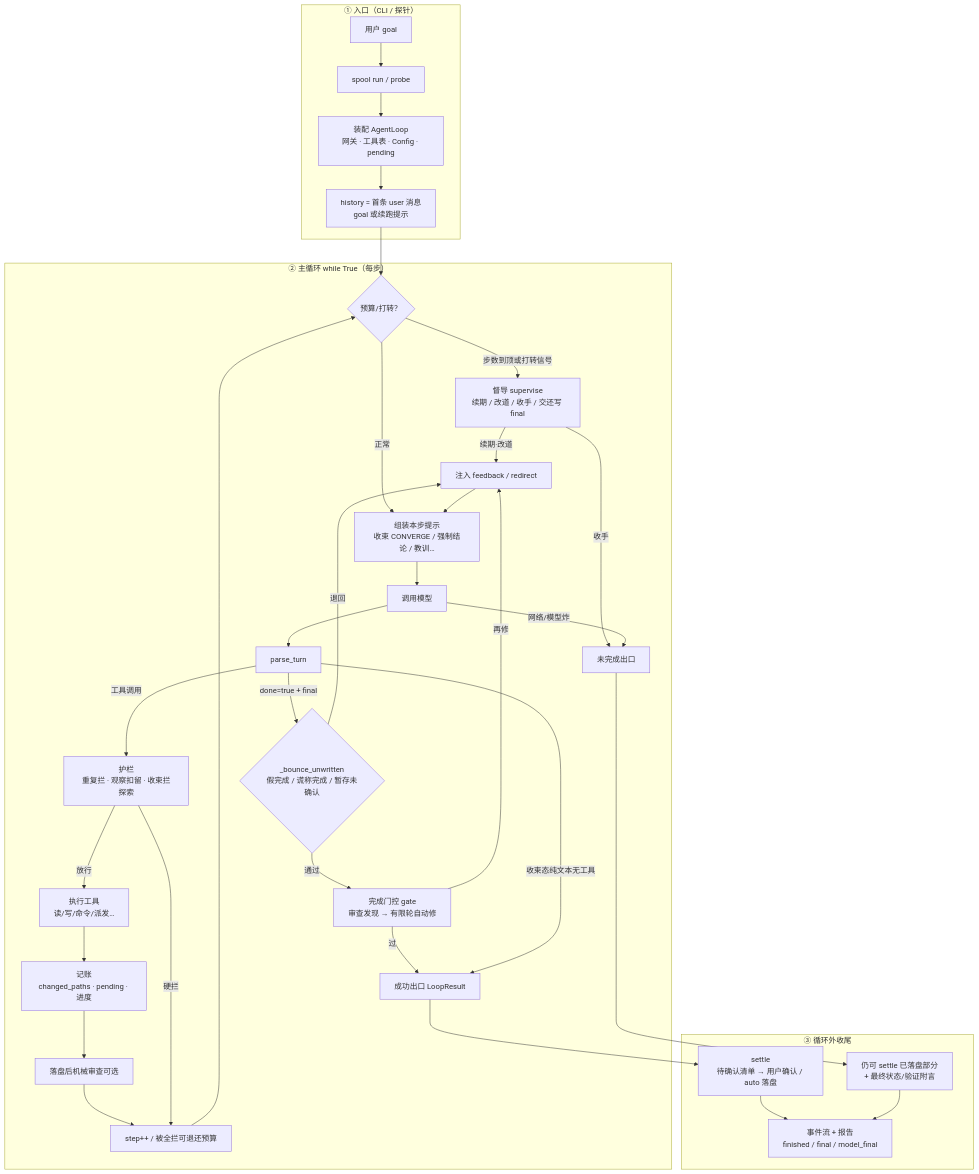
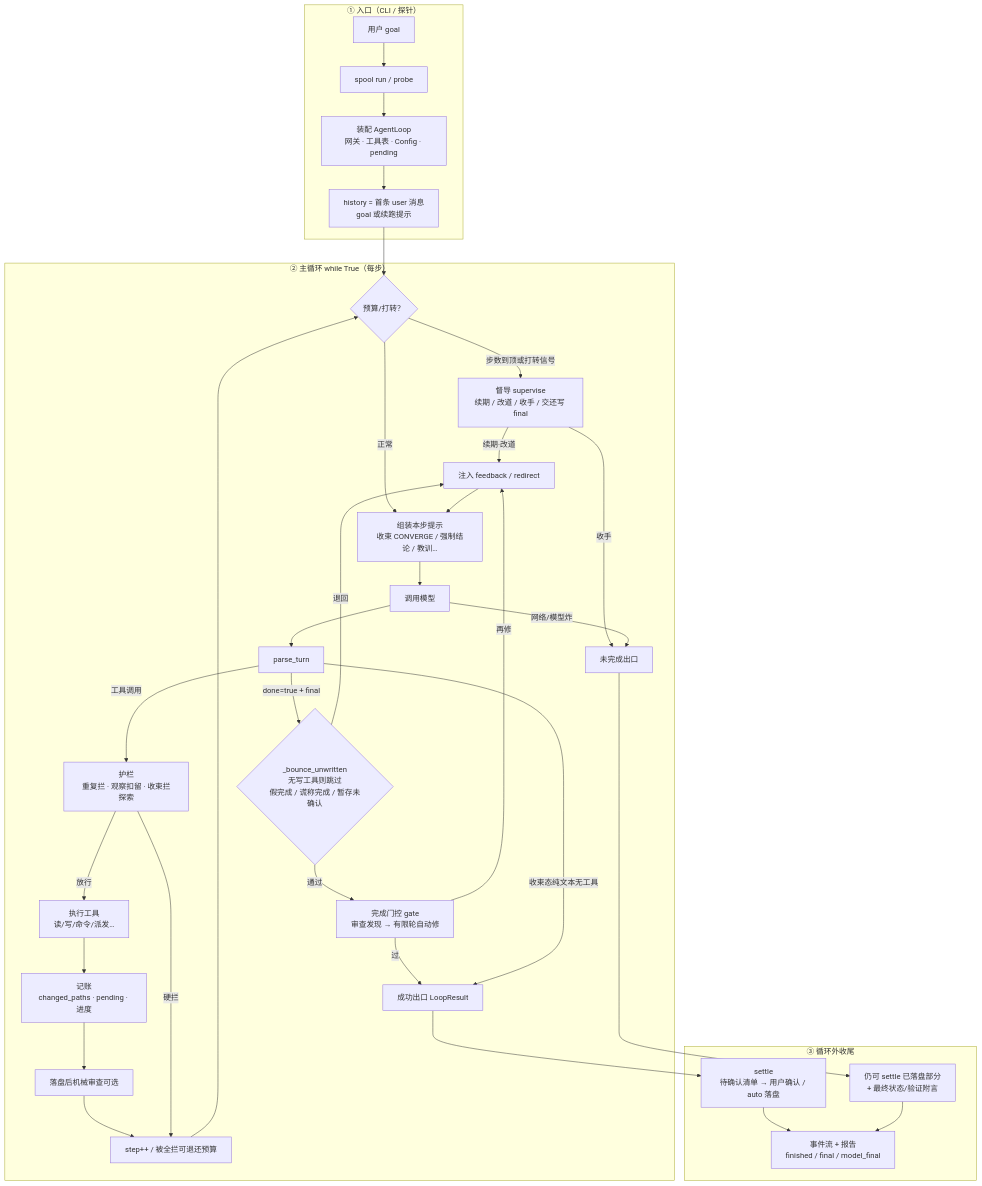
The diagram in docs/agent-loop-flow.md (baiyireng/spoolkit), drawn with Mermaid before and after one commit. The commit also changed other lines of this file and 2 other files, not shown here.

First line of the commit message:
fix: skip the landing bounce when no write tool is registered

````diff
--- a/docs/agent-loop-flow.md
+++ b/docs/agent-loop-flow.md
@@ -8,43 +8,43 @@
 ```mermaid
 flowchart TB
   subgraph 入口["① 入口（CLI / 探针）"]
     U[用户 goal] --> RUN["spool run / probe"]
     RUN --> ASM["装配 AgentLoop<br/>网关 · 工具表 · Config · pending"]
     ASM --> HIST["history = 首条 user 消息<br/>goal 或续跑提示"]
   end
 
   subgraph 步进["② 主循环 while True（每步）"]
     HIST --> PRE{"预算/打转？"}
     PRE -->|步数到顶或打转信号| SUP["督导 supervise<br/>续期 / 改道 / 收手 / 交还写 final"]
     SUP -->|续期·改道| FEED[注入 feedback / redirect]
     SUP -->|收手| FAILEND[未完成出口]
     PRE -->|正常| FEED2[组装本步提示<br/>收束 CONVERGE / 强制结论 / 教训…]
     FEED --> FEED2
     FEED2 --> LLM["调用模型"]
     LLM -->|网络/模型炸| FAILEND
     LLM --> PARSE["parse_turn"]
 
     PARSE -->|工具调用| GUARD["护栏<br/>重复拦 · 观察扣留 · 收束拦探索"]
     GUARD -->|放行| TOOL["执行工具<br/>读/写/命令/派发…"]
     TOOL --> BOOK["记账<br/>changed_paths · pending · 进度"]
     BOOK --> REV["落盘后机械审查可选"]
     REV --> STEP["step++ / 被全拦可退还预算"]
     GUARD -->|硬拦| STEP
 
-    PARSE -->|done=true + final| BOUNCE{"_bounce_unwritten<br/>假完成 / 谎称完成 / 暂存未确认"}
+    PARSE -->|done=true + final| BOUNCE{"_bounce_unwritten<br/>无写工具则跳过<br/>假完成 / 谎称完成 / 暂存未确认"}
     BOUNCE -->|退回| FEED
     BOUNCE -->|通过| GATE["完成门控 gate<br/>审查发现 → 有限轮自动修"]
     GATE -->|再修| FEED
     GATE -->|过| OKEND["成功出口 LoopResult"]
 
     PARSE -->|收束态纯文本无工具| OKEND
     STEP --> PRE
   end
 
   subgraph 收尾["③ 循环外收尾"]
     OKEND --> SETTLE["settle<br/>待确认清单 → 用户确认 / auto 落盘"]
     FAILEND --> SETTLE2["仍可 settle 已落盘部分<br/>+ 最终状态/验证附言"]
     SETTLE --> OUT["事件流 + 报告<br/>finished / final / model_final"]
     SETTLE2 --> OUT
   end
 ```
````
